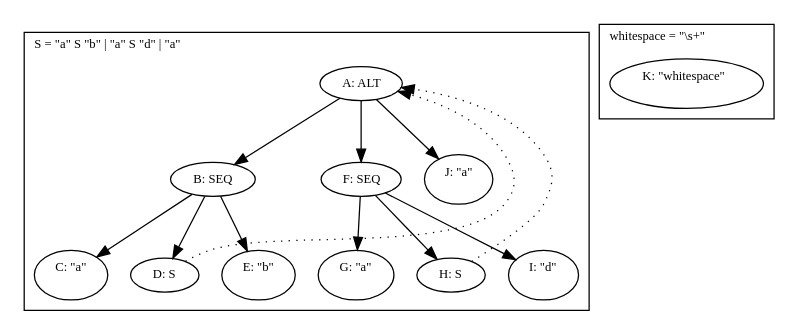
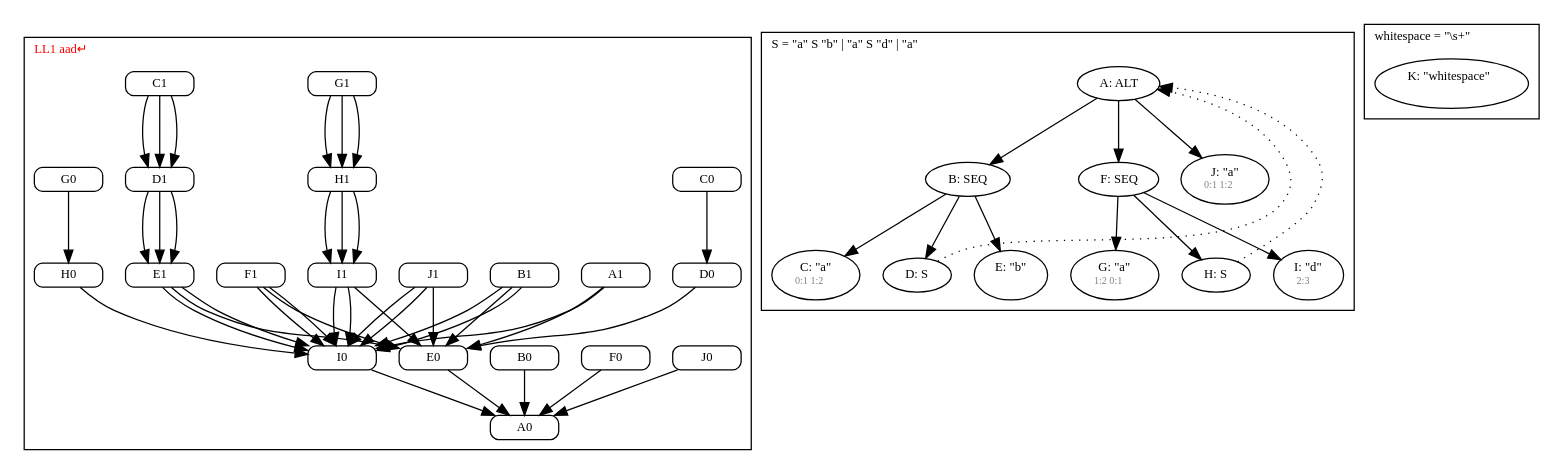
The diagram in diagram.gv (JanWillemBrands/AoC2021), drawn with Graphviz before and after one commit. The commit also changed 7 other files, not shown here.

```diff
--- a/diagram.gv
+++ b/diagram.gv
@@ -1,47 +1,85 @@
 digraph G {
   fontname = Menlo
   fontsize = 10
   node [fontname = Menlo, fontsize = 10]
   edge [fontname = Menlo, fontsize = 10]
   graph [ordering = out]
   subgraph GSS {
     cluster = true
-    label = <GLL aad↵> fontcolor = red
+    label = <LL1 aad↵> fontcolor = red
     labeljust = l
     node [shape = box, style = rounded, height = 0]
+    "J1" -> "I0"
+    "J1" -> "E0"
+    "J1" -> "I0"
+    "J0" -> "A0"
+    "I1" -> "I0"
+    "I1" -> "E0"
+    "I1" -> "I0"
+    "I0" -> "A0"
+    "H1" -> "I1"
+    "H1" -> "I1"
+    "H1" -> "I1"
+    "H0" -> "I0"
+    "G1" -> "H1"
+    "G1" -> "H1"
+    "G1" -> "H1"
+    "G0" -> "H0"
+    "F1" -> "I0"
+    "F1" -> "E0"
+    "F1" -> "I0"
+    "F0" -> "A0"
+    "E1" -> "I0"
+    "E1" -> "E0"
+    "E1" -> "I0"
+    "E0" -> "A0"
+    "D1" -> "E1"
+    "D1" -> "E1"
+    "D1" -> "E1"
+    "D0" -> "E0"
+    "C1" -> "D1"
+    "C1" -> "D1"
+    "C1" -> "D1"
+    "C0" -> "D0"
+    "B1" -> "I0"
+    "B1" -> "E0"
+    "B1" -> "I0"
+    "B0" -> "A0"
+    "A1" -> "I0"
+    "A1" -> "E0"
   }
   subgraph S {
     cluster = true
     label = <S = "a" S "b" | "a" S "d" | "a">
     labeljust = l
     node [shape = ellipse, height = 0]
     A [label = <A: ALT>]
     A -> B
     B [label = <B: SEQ>]
     B -> C
-    C [label = <C: "a"<br/><font color="gray" point-size="8.0">  </font> >]
+    C [label = <C: "a"<br/><font color="gray" point-size="8.0"> 0:1 1:2 </font> >]
     B -> D
     D [label = <D: S>]
     B -> E
     E [label = <E: "b"<br/><font color="gray" point-size="8.0">  </font> >]
     A -> F
     F [label = <F: SEQ>]
     F -> G
-    G [label = <G: "a"<br/><font color="gray" point-size="8.0">  </font> >]
+    G [label = <G: "a"<br/><font color="gray" point-size="8.0"> 1:2 0:1 </font> >]
     F -> H
     H [label = <H: S>]
     F -> I
-    I [label = <I: "d"<br/><font color="gray" point-size="8.0">  </font> >]
+    I [label = <I: "d"<br/><font color="gray" point-size="8.0"> 2:3 </font> >]
     A -> J
-    J [label = <J: "a"<br/><font color="gray" point-size="8.0">  </font> >]
+    J [label = <J: "a"<br/><font color="gray" point-size="8.0"> 0:1 1:2 </font> >]
   }
   subgraph whitespace {
     cluster = true
     label = <whitespace = "\s+">
     labeljust = l
     node [shape = ellipse, height = 0]
     K [label = <K: "whitespace"<br/><font color="gray" point-size="8.0">  </font> >]
   }
   D -> A [style = dotted, constraint = false]
   H -> A [style = dotted, constraint = false]
 }
```
